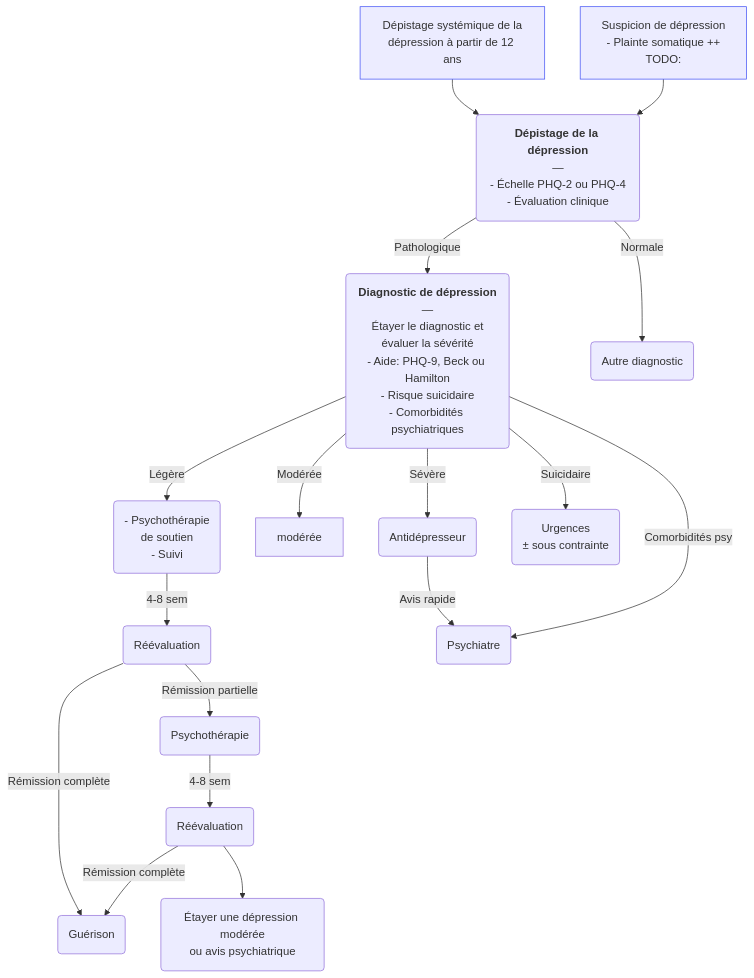
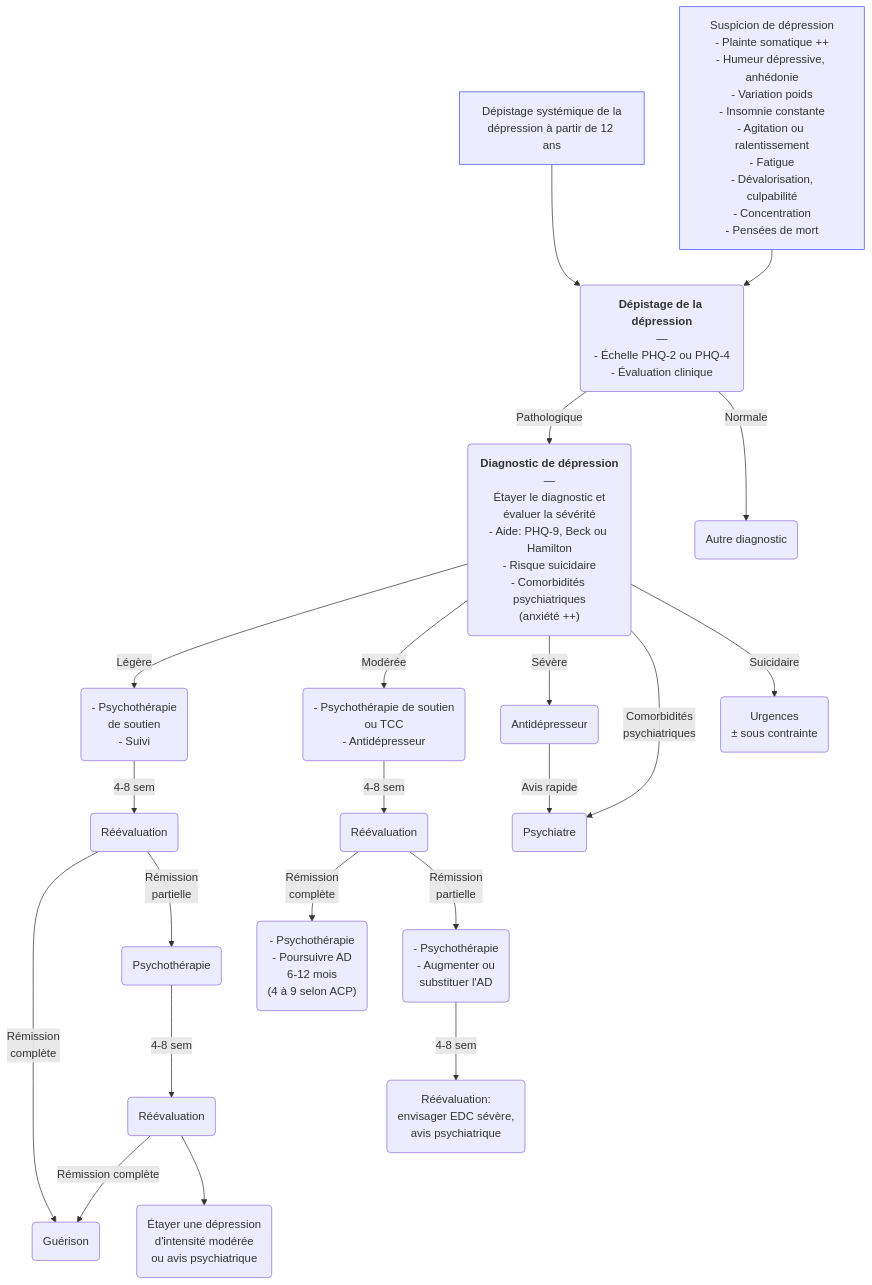
Before and after one commit to djibe/recommandations-medicales: the diagram in content/recommandations/depression.md, drawn with Mermaid. The commit also changed other lines of this file and 45 other files, not shown here.

```diff
--- a/content/recommandations/depression.md
+++ b/content/recommandations/depression.md
@@ -495,14 +523,15 @@
 {{< mermaid title="Prise en charge de la dépression (épisode dépressif caractérisé) par le médecin généraliste. Dr JB Fron d'après ACP 2023 et HAS 2017">}}
 graph TB
-  dépistage["Dépistage systémique de la<br>dépression à partir de 12 ans"] --> évaluation("<b>Dépistage de la dépression</b><br>—<br>- Échelle PHQ-2 ou PHQ-4<br>- Évaluation clinique") -- Pathologique --> diagnostic("<b>Diagnostic de dépression</b><br>—<br>Étayer le diagnostic et<br>évaluer la sévérité<br>- Aide: PHQ-9, Beck ou Hamilton<br>- Risque suicidaire<br>- Comorbidités psychiatriques") -- Légère --> légère("- Psychothérapie<br>de soutien<br>- Suivi") -- "4-8 sem" --> réévaluation(Réévaluation) -- Rémission complète --> guérison(Guérison)
-      réévaluation -- Rémission partielle --> psychothérapie(Psychothérapie) -- "4-8 sem" --> réévaluation2(Réévaluation) -- Rémission complète --> guérison
-        réévaluation2 --> reconsidérer("Étayer une dépression modérée<br>ou avis psychiatrique")
-  suspicion["Suspicion de dépression<br>- Plainte somatique ++<br>TODO:"] --> évaluation
+  dépistage["Dépistage systémique de la<br>dépression à partir de 12 ans"] --> évaluation("<b>Dépistage de la dépression</b><br>—<br>- Échelle PHQ-2 ou PHQ-4<br>- Évaluation clinique") -- Pathologique --> diagnostic("<b>Diagnostic de dépression</b><br>—<br>Étayer le diagnostic et<br>évaluer la sévérité<br>- Aide: PHQ-9, Beck ou Hamilton<br>- Risque suicidaire<br>- Comorbidités psychiatriques<br>(anxiété ++)") -- Légère --> légère("- Psychothérapie<br>de soutien<br>- Suivi") -- "4-8 sem" --> réévaluation(Réévaluation) -- "Rémission<br>complète" --> guérison(Guérison)
+      réévaluation -- "Rémission<br>partielle" --> psychothérapie(Psychothérapie) -- "4-8 sem" --> réévaluation2(Réévaluation) -- Rémission complète --> guérison
+        réévaluation2 --> reconsidérer("Étayer une dépression<br>d'intensité modérée<br>ou avis psychiatrique")
+  suspicion["Suspicion de dépression<br>- Plainte somatique ++<br>- Humeur dépressive, anhédonie<br>- Variation poids<br>- Insomnie constante<br>- Agitation ou ralentissement<br>- Fatigue<br>- Dévalorisation,<br>culpabilité<br>- Concentration<br>- Pensées de mort"] --> évaluation
     évaluation -- Normale --> différentiel(Autre diagnostic)
-    diagnostic -- Modérée --> modérée
+    diagnostic -- Modérée --> modérée("- Psychothérapie de soutien<br>ou TCC<br>- Antidépresseur") -- "4-8 sem" --> réévaluation3(Réévaluation) -- "Rémission<br>complète" --> poursuite("- Psychothérapie<br>- Poursuivre AD<br>6-12 mois<br>(4 à 9 selon ACP)")
+      réévaluation3 -- "Rémission<br>partielle" --> augmenter("- Psychothérapie<br>- Augmenter ou<br>substituer l'AD") -- "4-8 sem" --> envisager("Réévaluation:<br>envisager EDC sévère, <br>avis psychiatrique")
     diagnostic -- Sévère --> sévère(Antidépresseur) -- Avis rapide --> psychiatre(Psychiatre)
-    diagnostic -- Comorbidités psy --> psychiatre
+    diagnostic -- "Comorbidités<br>psychiatriques" --> psychiatre
     diagnostic -- Suicidaire --> urgences(Urgences<br>± sous contrainte)
   style dépistage stroke:#4150f5, stroke-width:1px
   style suspicion stroke:#4150f5, stroke-width:1px
 {{< /mermaid >}}
```
